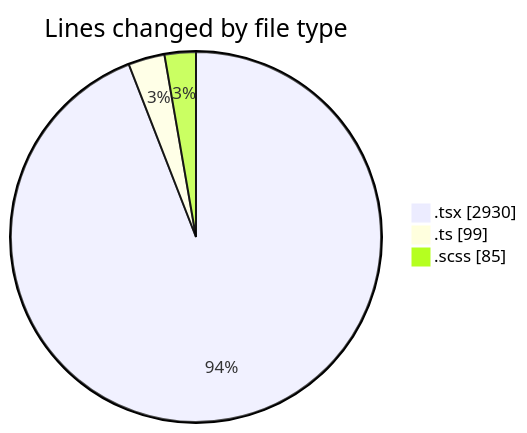
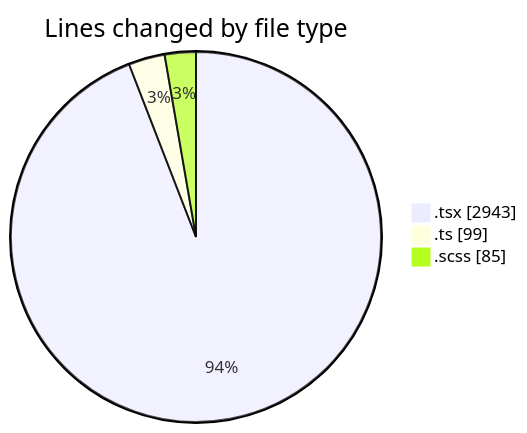
One commit to momahboobian/code-tracking changed the first of 2 diagrams in 2025-02-11/cda/README.md. Above: the diagram before and after it, drawn with Mermaid. The commit also changed other lines of this file and 1 other file, not shown here.

````diff
--- a/2025-02-11/cda/README.md
+++ b/2025-02-11/cda/README.md
@@ -24,7 +24,7 @@
 ```mermaid
 pie showData
 title Lines changed by file type
-".tsx" : 2930
+".tsx" : 2943
 ".ts" : 99
 ".scss" : 85
 ```
````
